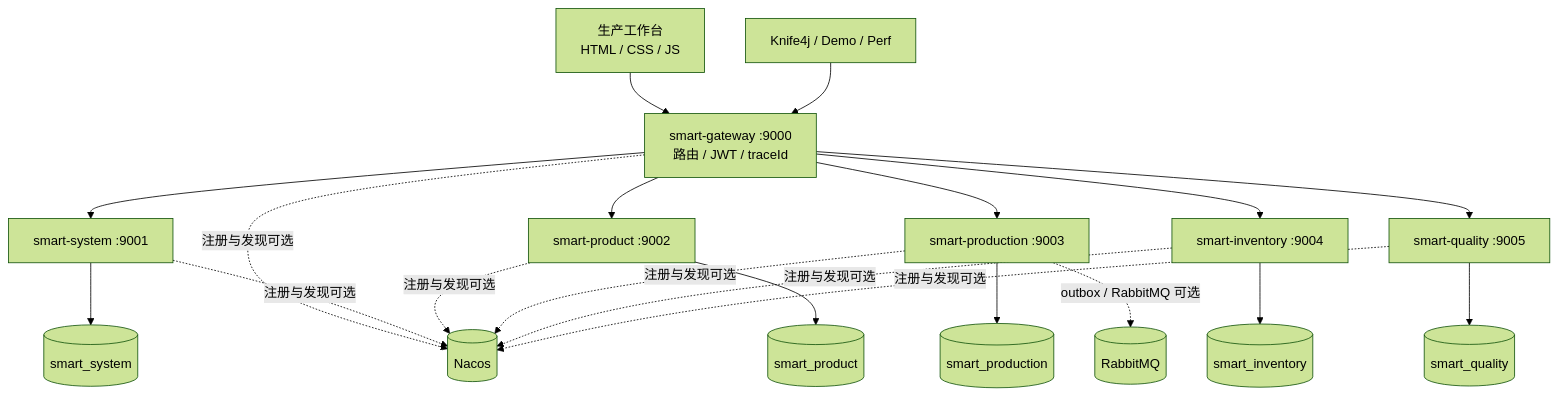
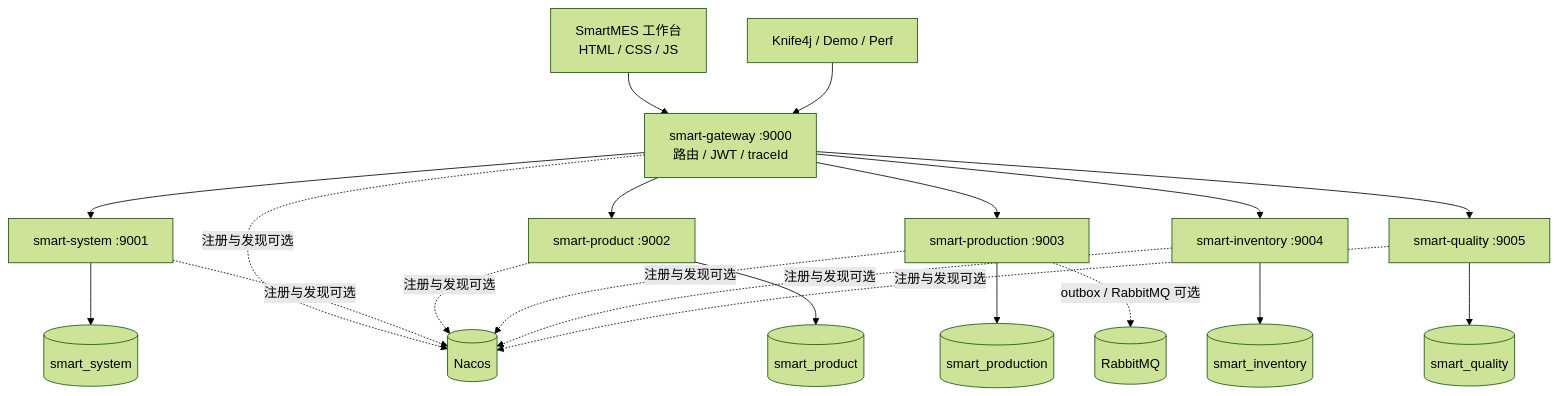
One commit to MingYao2006/smart-manufacturing changed the second of 2 diagrams in README.md. Above: the diagram before and after it, drawn with Mermaid (forest theme). The commit also changed other lines of this file and 5 other files, not shown here.

````diff
--- a/README.md
+++ b/README.md
@@ -231,25 +134,25 @@
 ```mermaid
 flowchart TB
-    W[生产工作台<br/>HTML / CSS / JS] --> G[smart-gateway :9000<br/>路由 / JWT / traceId]
+    W[SmartMES 工作台<br/>HTML / CSS / JS] --> G[smart-gateway :9000<br/>路由 / JWT / traceId]
     API[Knife4j / Demo / Perf] --> G
 
     G --> SYS[smart-system :9001]
     G --> PRD[smart-product :9002]
     G --> PRO[smart-production :9003]
     G --> INV[smart-inventory :9004]
     G --> QUA[smart-quality :9005]
 
     SYS --> DBS[(smart_system)]
     PRD --> DBP[(smart_product)]
     PRO --> DBO[(smart_production)]
     INV --> DBI[(smart_inventory)]
     QUA --> DBQ[(smart_quality)]
 
     PRO -. outbox / RabbitMQ 可选 .-> MQ[(RabbitMQ)]
     G -. 注册与发现可选 .-> NACOS[(Nacos)]
     SYS -. 注册与发现可选 .-> NACOS
     PRD -. 注册与发现可选 .-> NACOS
     PRO -. 注册与发现可选 .-> NACOS
     INV -. 注册与发现可选 .-> NACOS
     QUA -. 注册与发现可选 .-> NACOS
 ```
````
